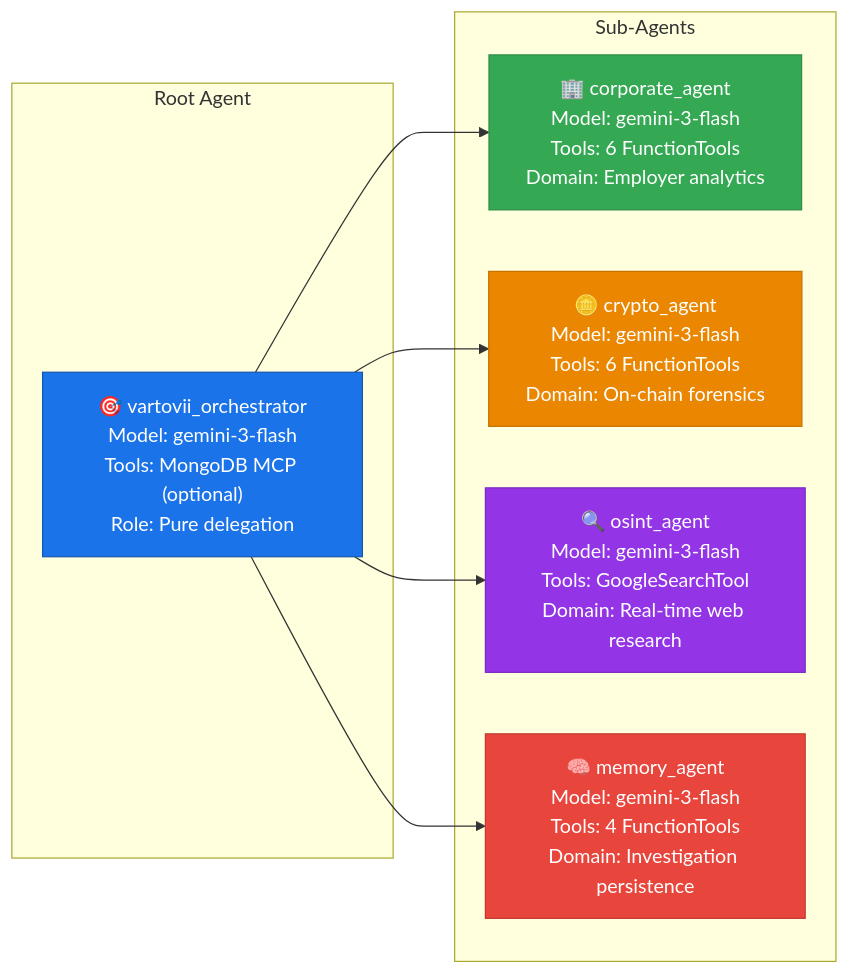
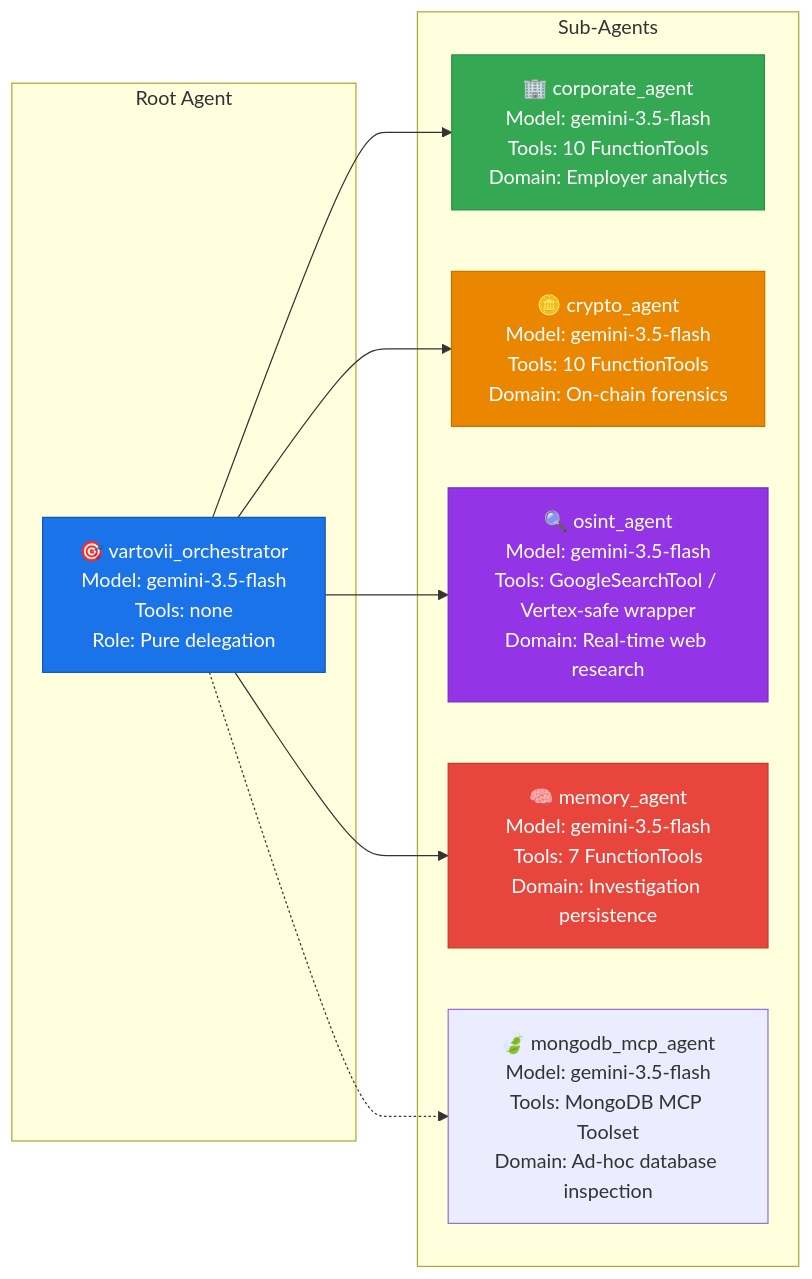
The second of 10 diagrams in ARCHITECTURE.md (Vetassikc/vartovii-trust-agent), drawn with Mermaid before and after one commit. The commit also changed other lines of this file and 25 other files, not shown here.

````diff
--- a/ARCHITECTURE.md
+++ b/ARCHITECTURE.md
@@ -103,24 +105,26 @@
 ```mermaid
 graph LR
     subgraph "Root Agent"
-        O["🎯 vartovii_orchestrator<br/>Model: gemini-3-flash<br/>Tools: MongoDB MCP (optional)<br/>Role: Pure delegation"]
+        O["🎯 vartovii_orchestrator<br/>Model: gemini-3.5-flash<br/>Tools: none<br/>Role: Pure delegation"]
     end
 
     subgraph "Sub-Agents"
-        C["🏢 corporate_agent<br/>Model: gemini-3-flash<br/>Tools: 6 FunctionTools<br/>Domain: Employer analytics"]
-        K["🪙 crypto_agent<br/>Model: gemini-3-flash<br/>Tools: 6 FunctionTools<br/>Domain: On-chain forensics"]
-        S["🔍 osint_agent<br/>Model: gemini-3-flash<br/>Tools: GoogleSearchTool<br/>Domain: Real-time web research"]
-        M["🧠 memory_agent<br/>Model: gemini-3-flash<br/>Tools: 4 FunctionTools<br/>Domain: Investigation persistence"]
+        C["🏢 corporate_agent<br/>Model: gemini-3.5-flash<br/>Tools: 10 FunctionTools<br/>Domain: Employer analytics"]
+        K["🪙 crypto_agent<br/>Model: gemini-3.5-flash<br/>Tools: 10 FunctionTools<br/>Domain: On-chain forensics"]
+        S["🔍 osint_agent<br/>Model: gemini-3.5-flash<br/>Tools: GoogleSearchTool / Vertex-safe wrapper<br/>Domain: Real-time web research"]
+        M["🧠 memory_agent<br/>Model: gemini-3.5-flash<br/>Tools: 7 FunctionTools<br/>Domain: Investigation persistence"]
+        D["🍃 mongodb_mcp_agent<br/>Model: gemini-3.5-flash<br/>Tools: MongoDB MCP Toolset<br/>Domain: Ad-hoc database inspection"]
     end
 
     O --> C
     O --> K
     O --> S
     O --> M
+    O -.-> D
 
     style O fill:#1a73e8,stroke:#1557b0,color:#fff
     style C fill:#34a853,stroke:#2d8e47,color:#fff
     style K fill:#ea8600,stroke:#c77200,color:#fff
     style S fill:#9334e6,stroke:#7b2bc1,color:#fff
     style M fill:#e8453c,stroke:#c23a32,color:#fff
 ```
````
